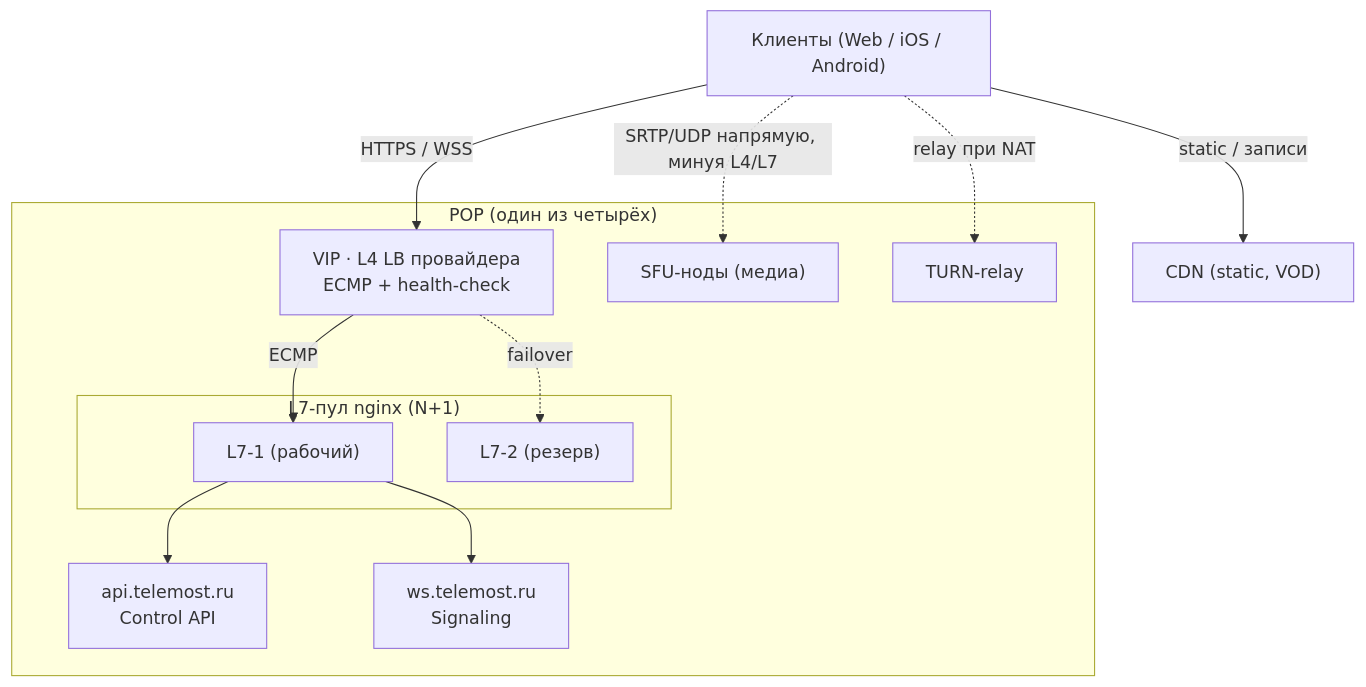
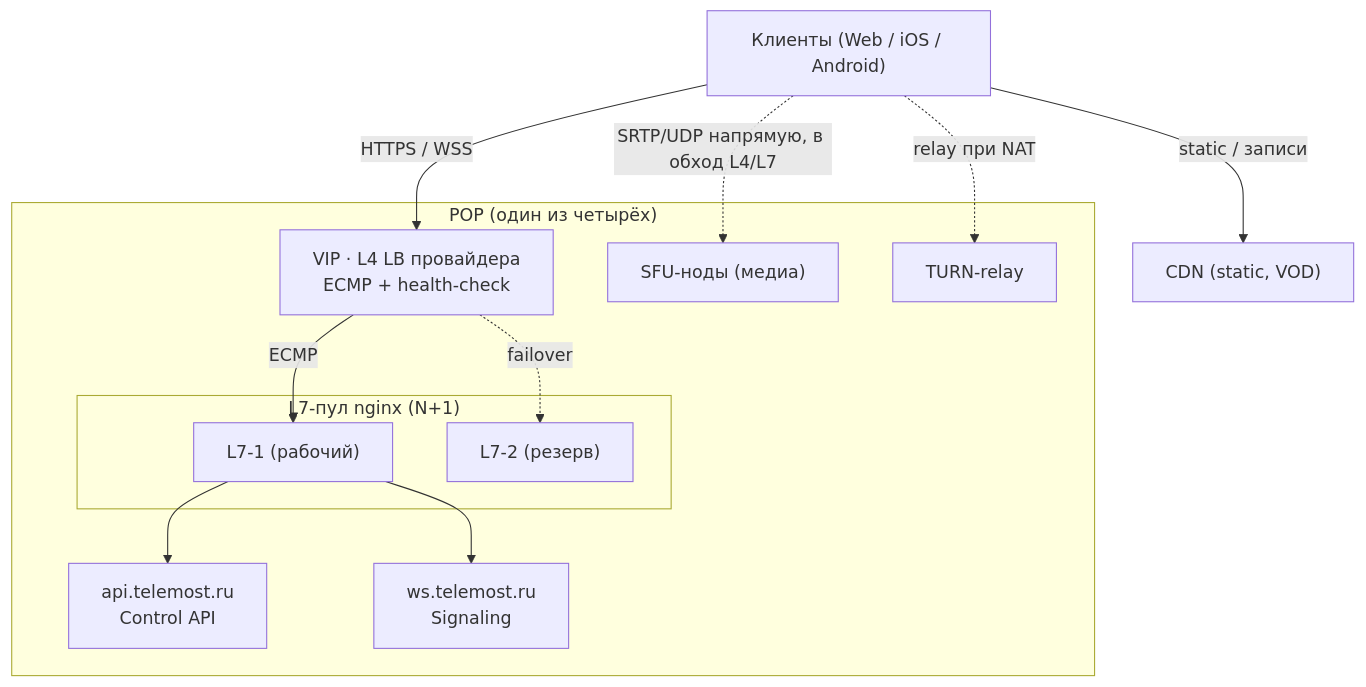
Before and after one commit to armishev/highload_course_project: the second of 5 diagrams in README.md, drawn with Mermaid. The commit also changed other lines of this file, not shown here.

````diff
--- a/README.md
+++ b/README.md
@@ -537,26 +526,26 @@
 ```mermaid
 flowchart TD
     C["Клиенты (Web / iOS / Android)"]
 
     subgraph POP["POP (один из четырёх)"]
         VIP["VIP · L4 LB провайдера<br/>ECMP + health-check"]
         subgraph L7P["L7-пул nginx (N+1)"]
             L7A["L7-1 (рабочий)"]
             L7R["L7-2 (резерв)"]
         end
         API["api.telemost.ru<br/>Control API"]
         WS["ws.telemost.ru<br/>Signaling"]
         SFU["SFU-ноды (медиа)"]
         TURN["TURN-relay"]
     end
     CDN["CDN (static, VOD)"]
 
     C -->|"HTTPS / WSS"| VIP
     VIP -->|"ECMP"| L7A
     VIP -. "failover" .-> L7R
     L7A --> API
     L7A --> WS
-    C -. "SRTP/UDP напрямую, минуя L4/L7" .-> SFU
+    C -. "SRTP/UDP напрямую, в обход L4/L7" .-> SFU
     C -. "relay при NAT" .-> TURN
     C -->|"static / записи"| CDN
 ```
````
